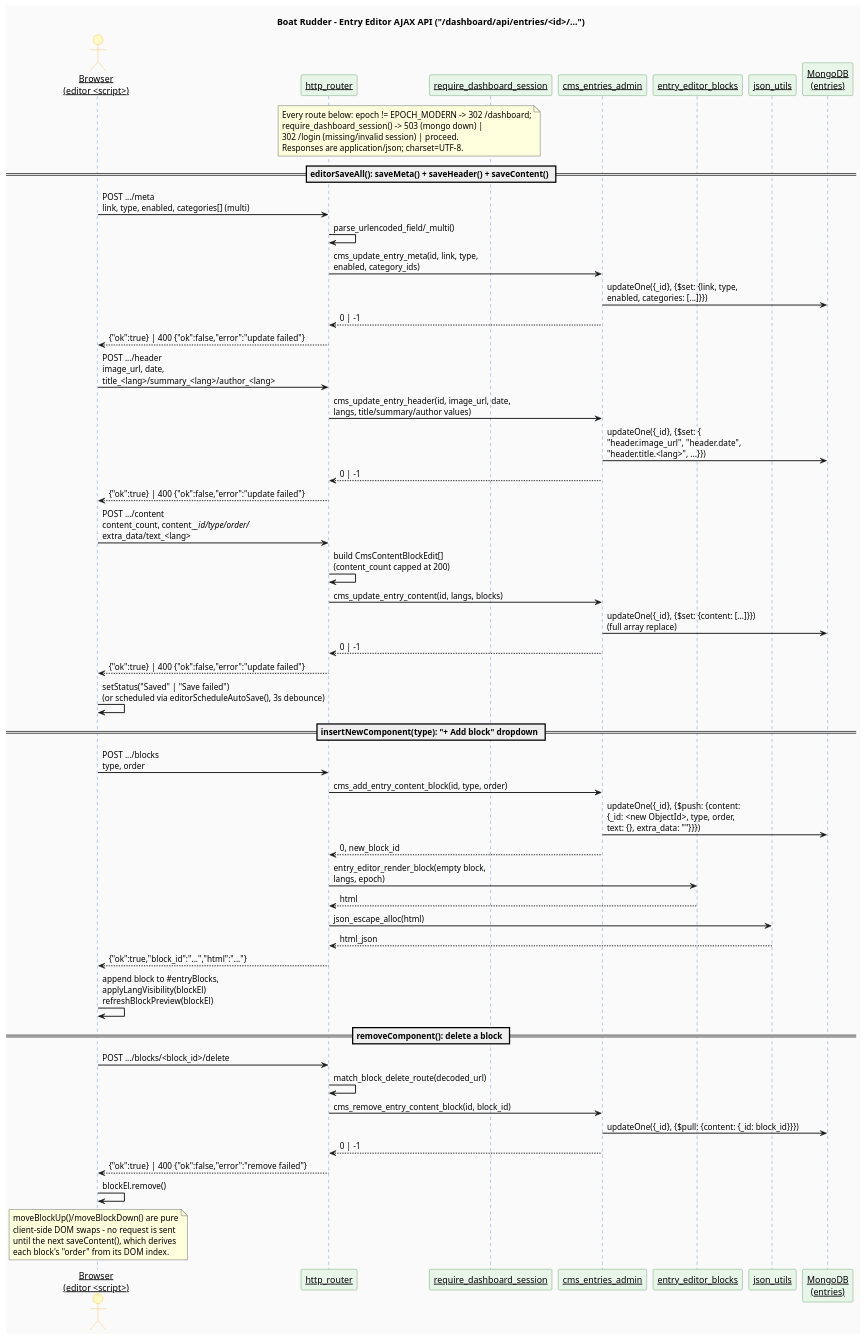
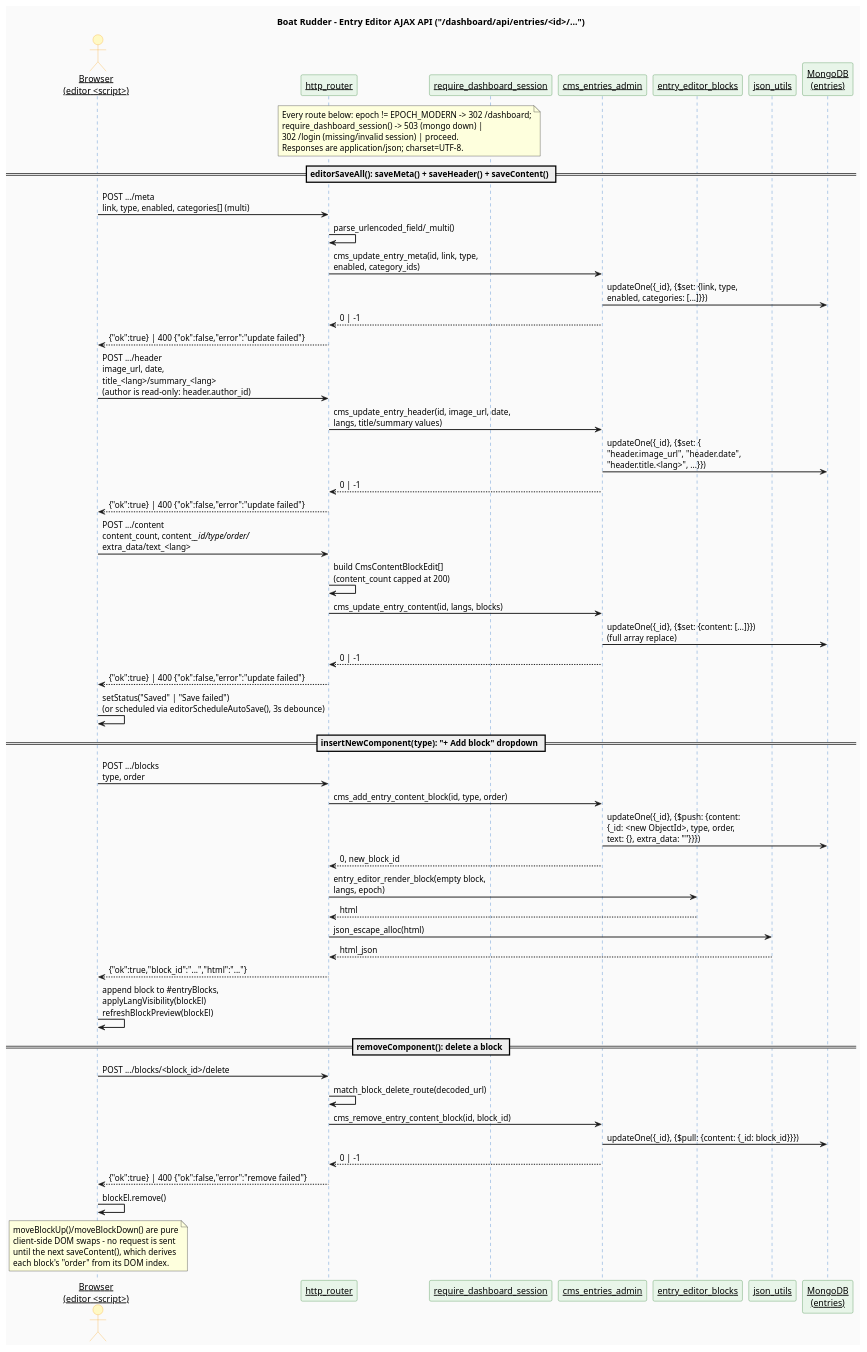
Before and after one commit to jpablotoledom/boat-rudder: the diagram in develop_docs/diagrams/sequence-entry-editor-ajax.puml, drawn with PlantUML. The commit also changed 109 other files, not shown here.

```diff
--- a/develop_docs/diagrams/sequence-entry-editor-ajax.puml
+++ b/develop_docs/diagrams/sequence-entry-editor-ajax.puml
@@ -1,88 +1,88 @@
 @startuml sequence-entry-editor-ajax
 
 title Boat Rudder - Entry Editor AJAX API ("/dashboard/api/entries/<id>/...")
 
 skinparam backgroundColor #FAFAFA
 skinparam sequenceArrowThickness 1.5
 skinparam sequenceParticipant underline
 skinparam sequence {
     LifeLineBackgroundColor #E3F2FD
     LifeLineBorderColor #1565C0
     ActorBackgroundColor #FFF9C4
     ActorBorderColor #F9A825
     ParticipantBackgroundColor #E8F5E9
     ParticipantBorderColor #2E7D32
 }
 
 actor "Browser\n(editor <script>)" as BROWSER
 participant "http_router" as ROUTER
 participant "require_dashboard_session" as SESSION
 participant "cms_entries_admin" as ADMIN
 participant "entry_editor_blocks" as BLOCKS
 participant "json_utils" as JSONUTIL
 participant "MongoDB\n(entries)" as MONGO
 
 note over ROUTER, SESSION
   Every route below: epoch != EPOCH_MODERN -> 302 /dashboard;
   require_dashboard_session() -> 503 (mongo down) |
   302 /login (missing/invalid session) | proceed.
   Responses are application/json; charset=UTF-8.
 end note
 
 == editorSaveAll(): saveMeta() + saveHeader() + saveContent() ==
 
 BROWSER -> ROUTER : POST .../meta\nlink, type, enabled, categories[] (multi)
 ROUTER -> ROUTER : parse_urlencoded_field/_multi()
 ROUTER -> ADMIN : cms_update_entry_meta(id, link, type,\nenabled, category_ids)
 ADMIN -> MONGO : updateOne({_id}, {$set: {link, type,\nenabled, categories: [...]}})
 ADMIN --> ROUTER : 0 | -1
 ROUTER --> BROWSER : {"ok":true} | 400 {"ok":false,"error":"update failed"}
 
-BROWSER -> ROUTER : POST .../header\nimage_url, date,\ntitle_<lang>/summary_<lang>/author_<lang>
-ROUTER -> ADMIN : cms_update_entry_header(id, image_url, date,\nlangs, title/summary/author values)
+BROWSER -> ROUTER : POST .../header\nimage_url, date,\ntitle_<lang>/summary_<lang>\n(author is read-only: header.author_id)
+ROUTER -> ADMIN : cms_update_entry_header(id, image_url, date,\nlangs, title/summary values)
 ADMIN -> MONGO : updateOne({_id}, {$set: {\n"header.image_url", "header.date",\n"header.title.<lang>", ...}})
 ADMIN --> ROUTER : 0 | -1
 ROUTER --> BROWSER : {"ok":true} | 400 {"ok":false,"error":"update failed"}
 
 BROWSER -> ROUTER : POST .../content\ncontent_count, content_<i>_id/type/order/\nextra_data/text_<lang>
 ROUTER -> ROUTER : build CmsContentBlockEdit[]\n(content_count capped at 200)
 ROUTER -> ADMIN : cms_update_entry_content(id, langs, blocks)
 ADMIN -> MONGO : updateOne({_id}, {$set: {content: [...]}})\n(full array replace)
 ADMIN --> ROUTER : 0 | -1
 ROUTER --> BROWSER : {"ok":true} | 400 {"ok":false,"error":"update failed"}
 
 BROWSER -> BROWSER : setStatus("Saved" | "Save failed")\n(or scheduled via editorScheduleAutoSave(), 3s debounce)
 
 == insertNewComponent(type): "+ Add block" dropdown ==
 
 BROWSER -> ROUTER : POST .../blocks\ntype, order
 ROUTER -> ADMIN : cms_add_entry_content_block(id, type, order)
 ADMIN -> MONGO : updateOne({_id}, {$push: {content:\n{_id: <new ObjectId>, type, order,\ntext: {}, extra_data: ""}}})
 ADMIN --> ROUTER : 0, new_block_id
 
 ROUTER -> BLOCKS : entry_editor_render_block(empty block,\nlangs, epoch)
 BLOCKS --> ROUTER : html
 ROUTER -> JSONUTIL : json_escape_alloc(html)
 JSONUTIL --> ROUTER : html_json
 ROUTER --> BROWSER : {"ok":true,"block_id":"...","html":"..."}
 
 BROWSER -> BROWSER : append block to #entryBlocks,\napplyLangVisibility(blockEl)\nrefreshBlockPreview(blockEl)
 
 == removeComponent(): delete a block ==
 
 BROWSER -> ROUTER : POST .../blocks/<block_id>/delete
 ROUTER -> ROUTER : match_block_delete_route(decoded_url)
 ROUTER -> ADMIN : cms_remove_entry_content_block(id, block_id)
 ADMIN -> MONGO : updateOne({_id}, {$pull: {content: {_id: block_id}}})
 ADMIN --> ROUTER : 0 | -1
 ROUTER --> BROWSER : {"ok":true} | 400 {"ok":false,"error":"remove failed"}
 BROWSER -> BROWSER : blockEl.remove()
 
 note over BROWSER
   moveBlockUp()/moveBlockDown() are pure
   client-side DOM swaps - no request is sent
   until the next saveContent(), which derives
   each block's "order" from its DOM index.
 end note
 
 @enduml
```
